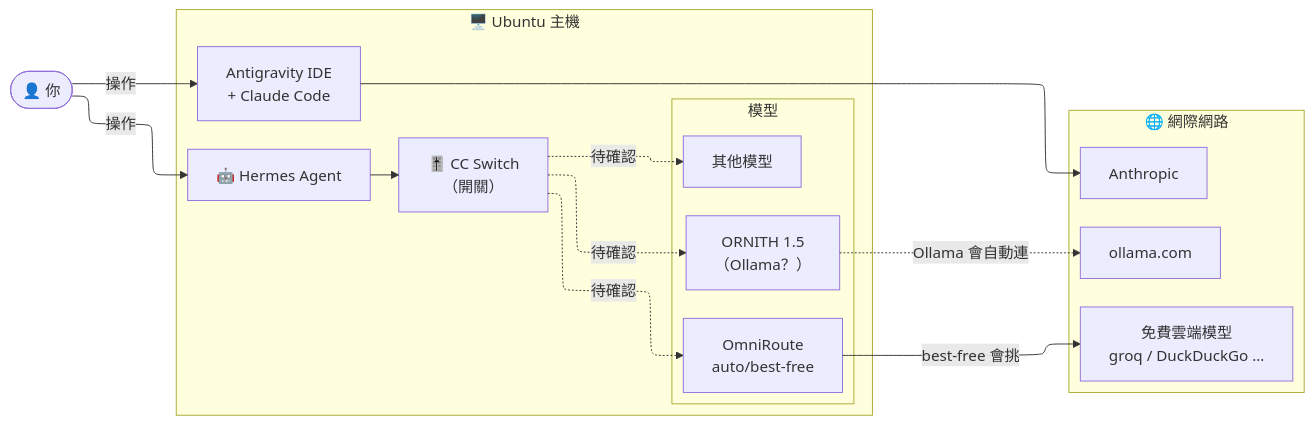
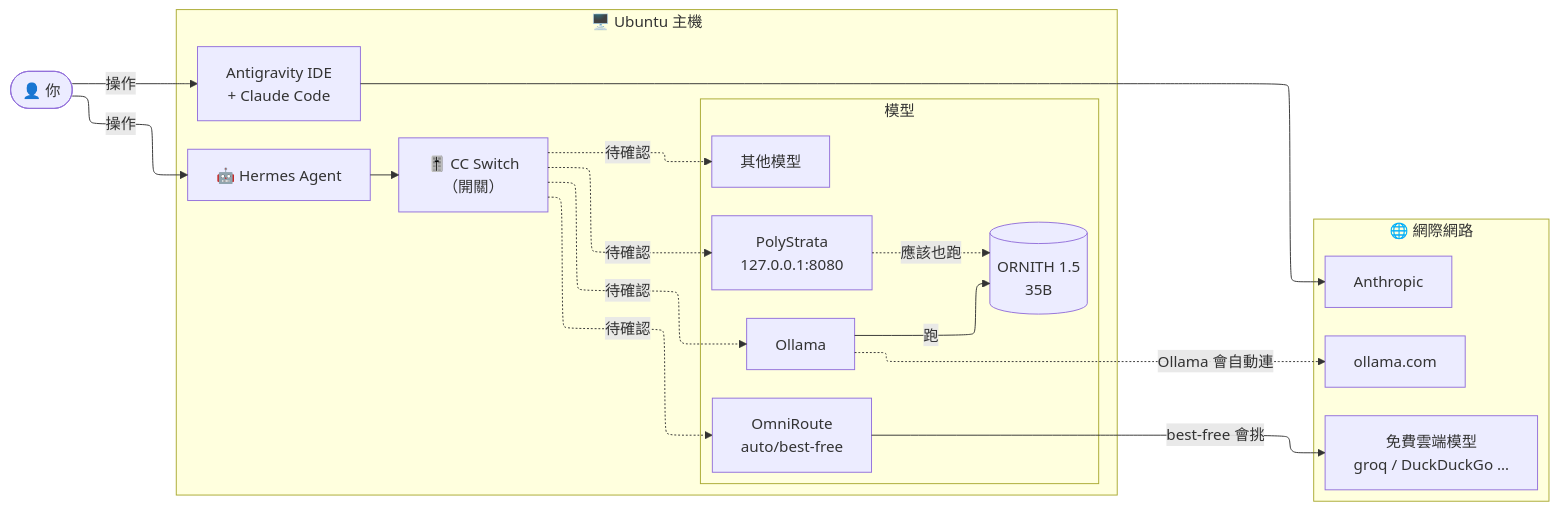
Before and after one commit to puBILYYEN/test: the diagram in hermes-sandbox/architecture-before.mmd, drawn with Mermaid. The commit also changed 1 other file, not shown here.

Commit message:
Add PolyStrata running ORNITH 1.5 35B to pre-sandbox diagram
Claude-Session: https://claude.ai/code/session_01WirDqXFnyExysTDHXtB3QR

```diff
--- a/hermes-sandbox/architecture-before.mmd
+++ b/hermes-sandbox/architecture-before.mmd
@@ -1,40 +1,46 @@
 ---
 config:
   layout: elk
 ---
 %% 加入沙盒之前的 AI 系統架構（Ubuntu）
 %% 實線 = 已確認｜虛線 = 待你確認
 flowchart LR
     user(["👤 你"])
 
     subgraph host["🖥️ Ubuntu 主機"]
         direction LR
         hermes["🤖 Hermes Agent"]
         ccs["🎚️ CC Switch<br/>（開關）"]
         ide["Antigravity IDE<br/>+ Claude Code"]
 
         subgraph models["模型"]
             direction TB
-            ornith["ORNITH 1.5<br/>（Ollama？）"]
+            ollama["Ollama"]
+            poly["PolyStrata<br/>127.0.0.1:8080"]
+            ornith[("ORNITH 1.5<br/>35B")]
             omni["OmniRoute<br/>auto/best-free"]
             other["其他模型"]
         end
     end
 
     subgraph internet["🌐 網際網路"]
         direction TB
         ollamacom["ollama.com"]
         cloud["免費雲端模型<br/>groq / DuckDuckGo …"]
         anthropic["Anthropic"]
     end
 
     user -->|"操作"| hermes
     user -->|"操作"| ide
     hermes --> ccs
-    ccs -.->|"待確認"| ornith
+    ccs -.->|"待確認"| ollama
+    ccs -.->|"待確認"| poly
     ccs -.->|"待確認"| omni
     ccs -.->|"待確認"| other
 
-    ornith -.->|"Ollama 會自動連"| ollamacom
+    ollama -->|"跑"| ornith
+    poly -.->|"應該也跑"| ornith
+
+    ollama -.->|"Ollama 會自動連"| ollamacom
     omni -->|"best-free 會挑"| cloud
     ide --> anthropic
```
